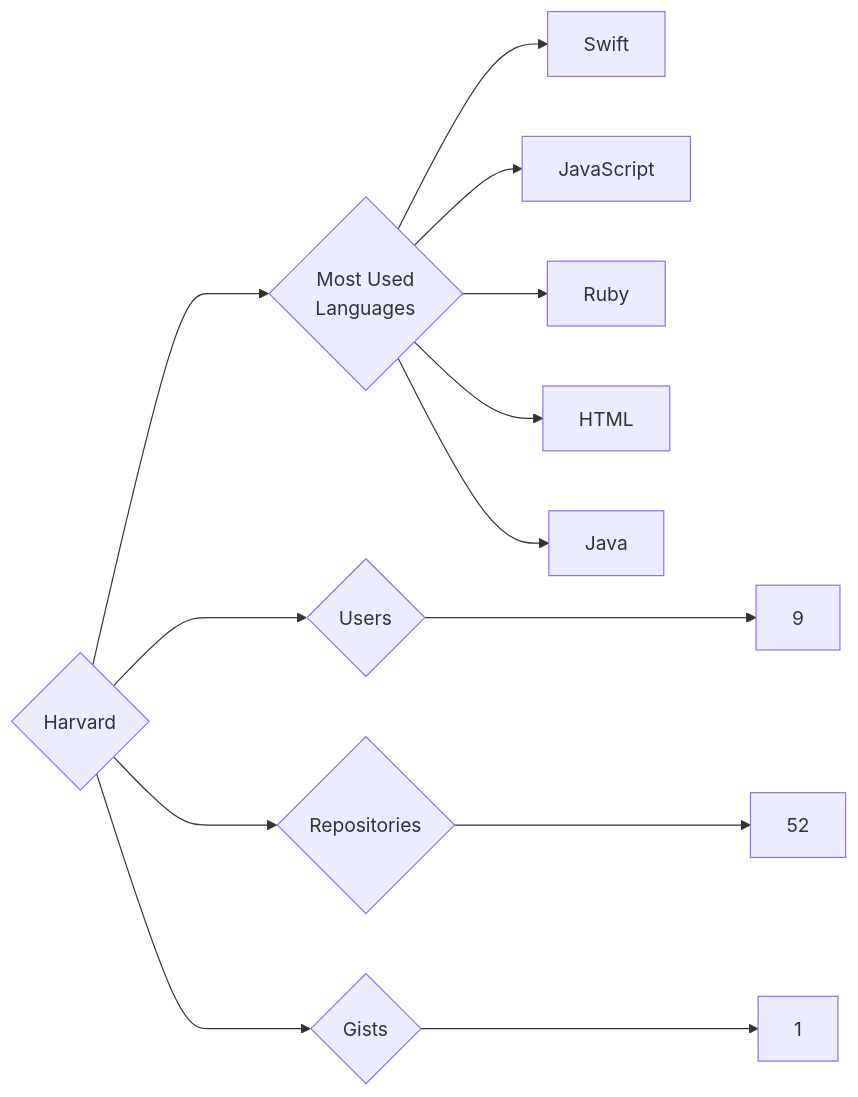
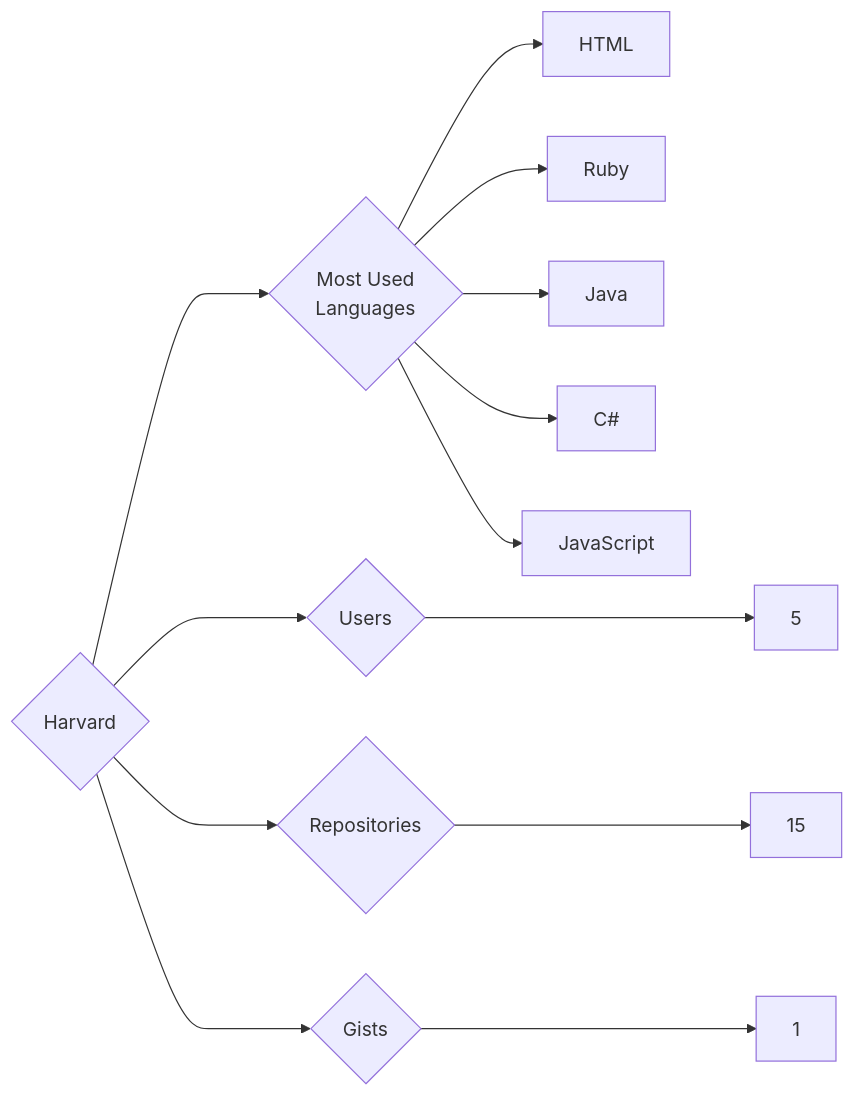
One commit to trickest/insiders changed the diagram in targets/Harvard/README.md. Above: the diagram before and after it, drawn with Mermaid. The commit also changed 815 other files, not shown here.

````diff
--- a/targets/Harvard/README.md
+++ b/targets/Harvard/README.md
@@ -3,13 +3,13 @@
 ```mermaid
 graph LR
 COMPANY_NAME{Harvard}
-COMPANY_NAME ---> U{Users} ---> UN[9]
-COMPANY_NAME ---> R{Repositories} ---> RN[52]
+COMPANY_NAME ---> U{Users} ---> UN[5]
+COMPANY_NAME ---> R{Repositories} ---> RN[15]
 COMPANY_NAME ---> G{Gists} ---> GN[1]
 COMPANY_NAME ---> ML{Most Used<br>Languages}
-ML --> Swift[Swift]
+ML --> HTML[HTML]
+ML --> Ruby[Ruby]
+ML --> Java[Java]
+ML --> C#[C#]
 ML --> JavaScript[JavaScript]
-ML --> Ruby[Ruby]
-ML --> HTML[HTML]
-ML --> Java[Java]
 ```
````
